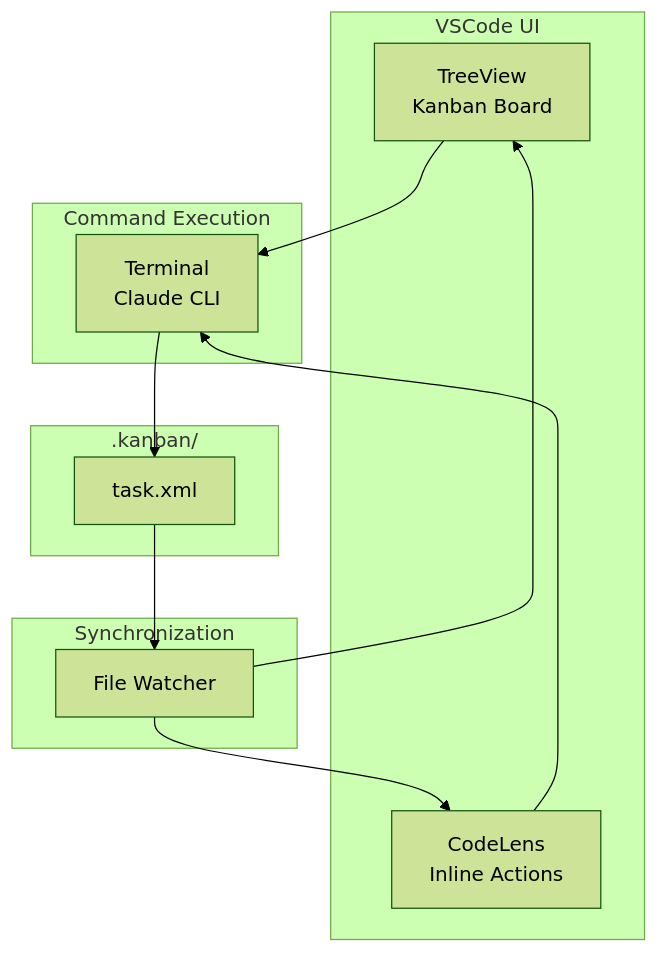
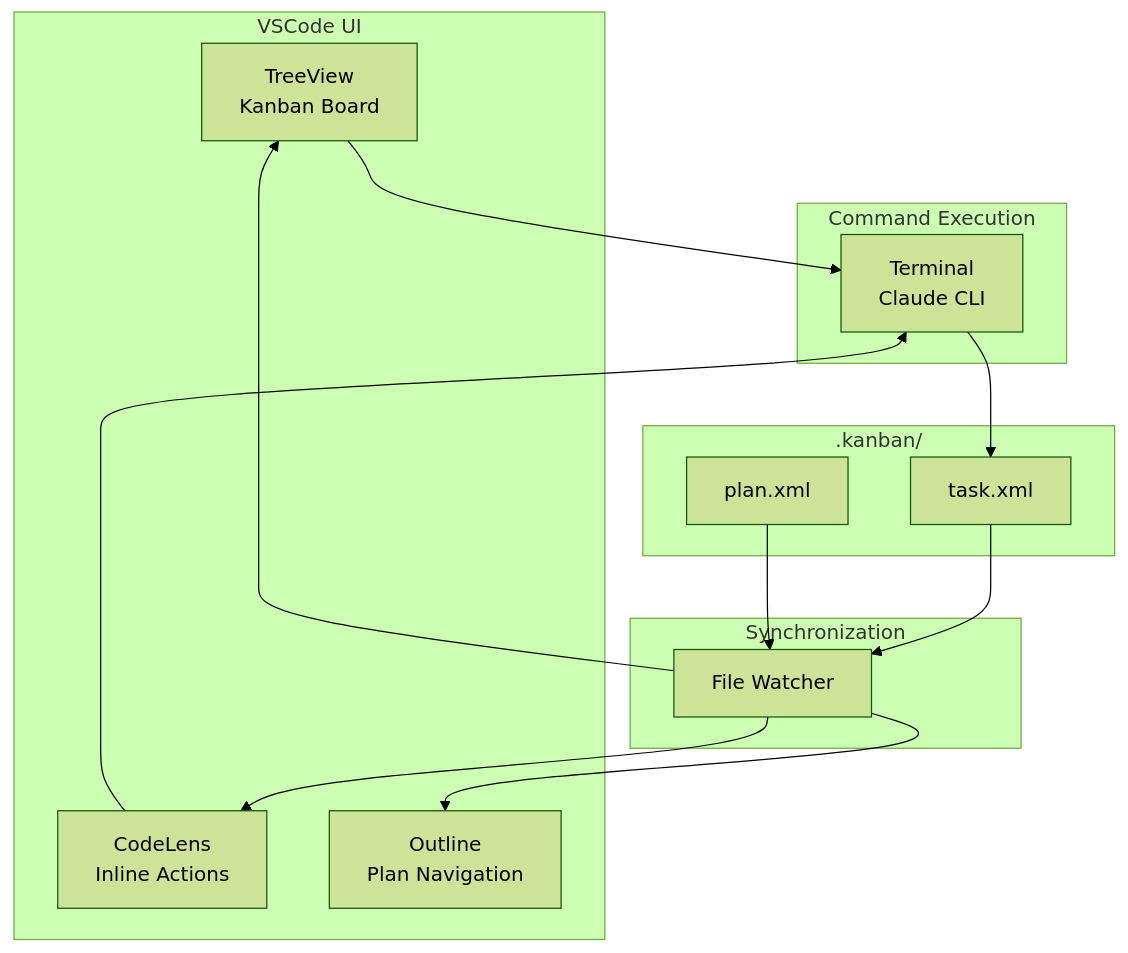
One commit to mattfletcher94/festinalente changed the diagram in .kanban/product/vscode/_index.md. Above: the diagram before and after it, drawn with Mermaid (forest theme). The commit also changed other lines of this file and 3 other files, not shown here.

First line of the commit message:
docs(020): product+engineering - add plan outline navigation documentation

````diff
--- a/.kanban/product/vscode/_index.md
+++ b/.kanban/product/vscode/_index.md
@@ -49,26 +50,30 @@
 ```mermaid
 flowchart TB
     subgraph UI["VSCode UI"]
         A[TreeView<br/>Kanban Board]
         B[CodeLens<br/>Inline Actions]
+        F[Outline<br/>Plan Navigation]
     end
 
     subgraph Execution["Command Execution"]
         C[Terminal<br/>Claude CLI]
     end
 
     subgraph Sync["Synchronization"]
         D[File Watcher]
     end
 
     subgraph Data[".kanban/"]
         E[task.xml]
+        G[plan.xml]
     end
 
     A --> C
     B --> C
     C --> E
     E --> D
+    G --> D
     D --> A
     D --> B
+    D --> F
 ```
````
